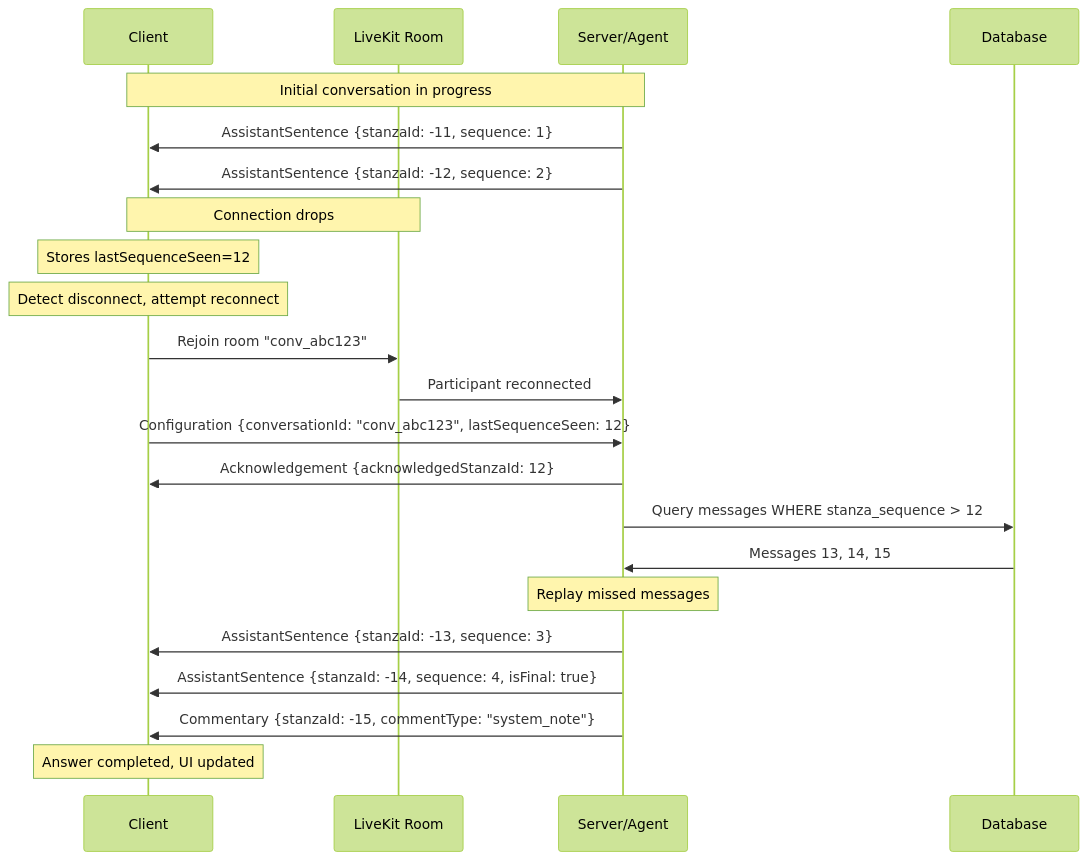
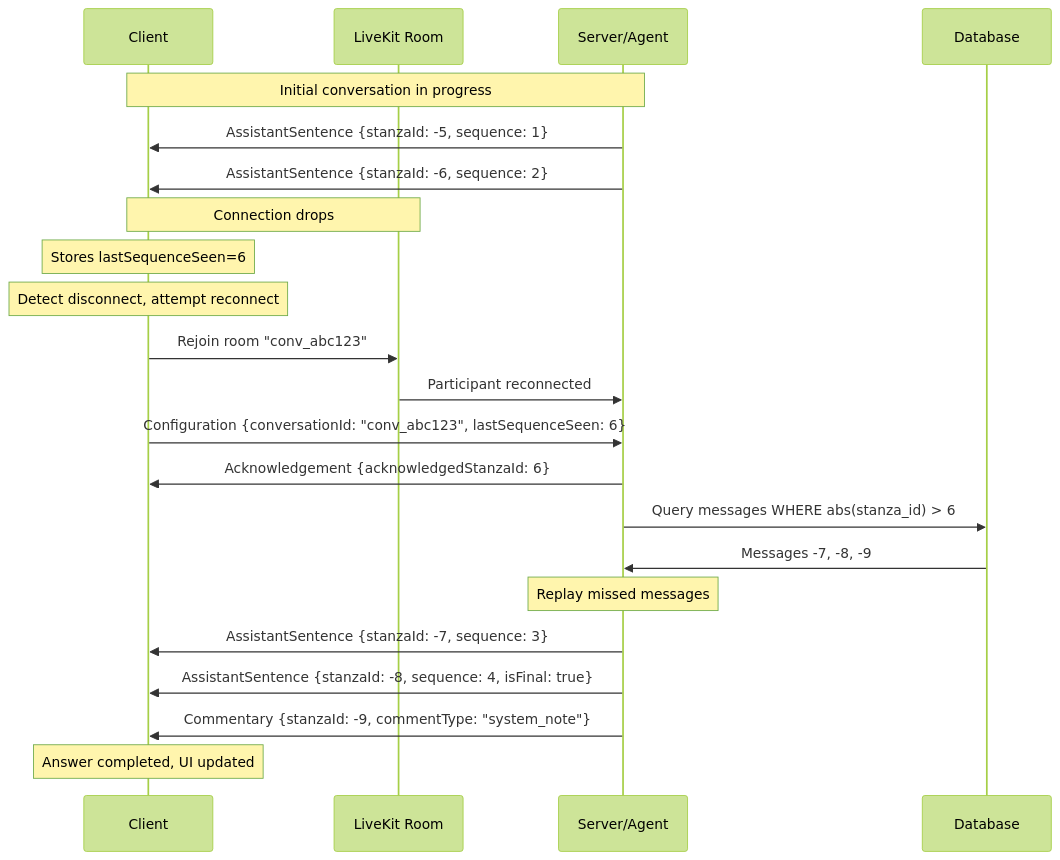
Before and after one commit to longregen/alicia: the third of 6 diagrams in docs/protocol/08-example-sessions.md, drawn with Mermaid (forest theme). The commit also changed other lines of this file and 429 other files, not shown here.

````diff
--- a/docs/protocol/08-example-sessions.md
+++ b/docs/protocol/08-example-sessions.md
@@ -148,31 +148,31 @@
 ```mermaid
 sequenceDiagram
     participant C as Client
     participant L as LiveKit Room
     participant S as Server/Agent
     participant D as Database
 
     Note over C,S: Initial conversation in progress
-    S->>C: AssistantSentence {stanzaId: -11, sequence: 1}
-    S->>C: AssistantSentence {stanzaId: -12, sequence: 2}
+    S->>C: AssistantSentence {stanzaId: -5, sequence: 1}
+    S->>C: AssistantSentence {stanzaId: -6, sequence: 2}
 
     Note over C,L: Connection drops
-    Note over C: Stores lastSequenceSeen=12
+    Note over C: Stores lastSequenceSeen=6
 
     Note over C: Detect disconnect, attempt reconnect
     C->>L: Rejoin room "conv_abc123"
     L->>S: Participant reconnected
 
-    C->>S: Configuration {conversationId: "conv_abc123", lastSequenceSeen: 12}
-    S->>C: Acknowledgement {acknowledgedStanzaId: 12}
+    C->>S: Configuration {conversationId: "conv_abc123", lastSequenceSeen: 6}
+    S->>C: Acknowledgement {acknowledgedStanzaId: 6}
 
-    S->>D: Query messages WHERE stanza_sequence > 12
-    D->>S: Messages 13, 14, 15
+    S->>D: Query messages WHERE abs(stanza_id) > 6
+    D->>S: Messages -7, -8, -9
 
     Note over S: Replay missed messages
-    S->>C: AssistantSentence {stanzaId: -13, sequence: 3}
-    S->>C: AssistantSentence {stanzaId: -14, sequence: 4, isFinal: true}
-    S->>C: Commentary {stanzaId: -15, commentType: "system_note"}
+    S->>C: AssistantSentence {stanzaId: -7, sequence: 3}
+    S->>C: AssistantSentence {stanzaId: -8, sequence: 4, isFinal: true}
+    S->>C: Commentary {stanzaId: -9, commentType: "system_note"}
 
     Note over C: Answer completed, UI updated
 ```
````
